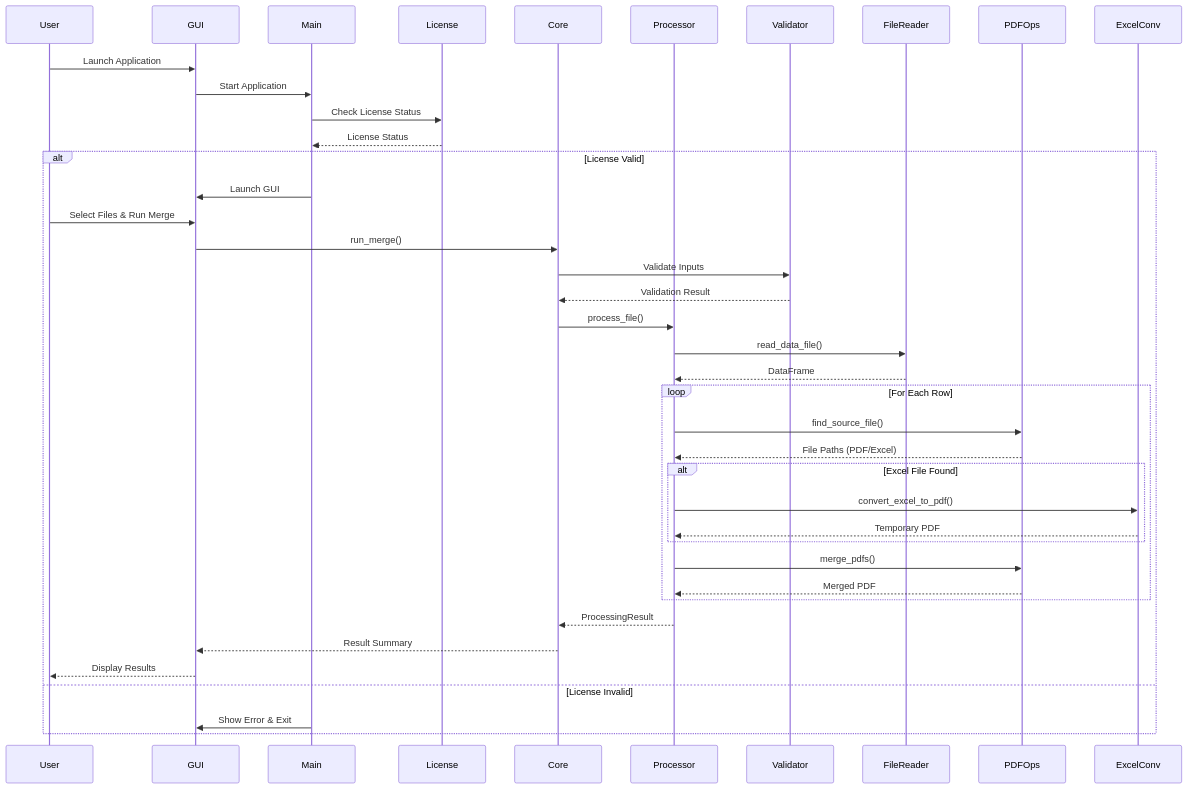
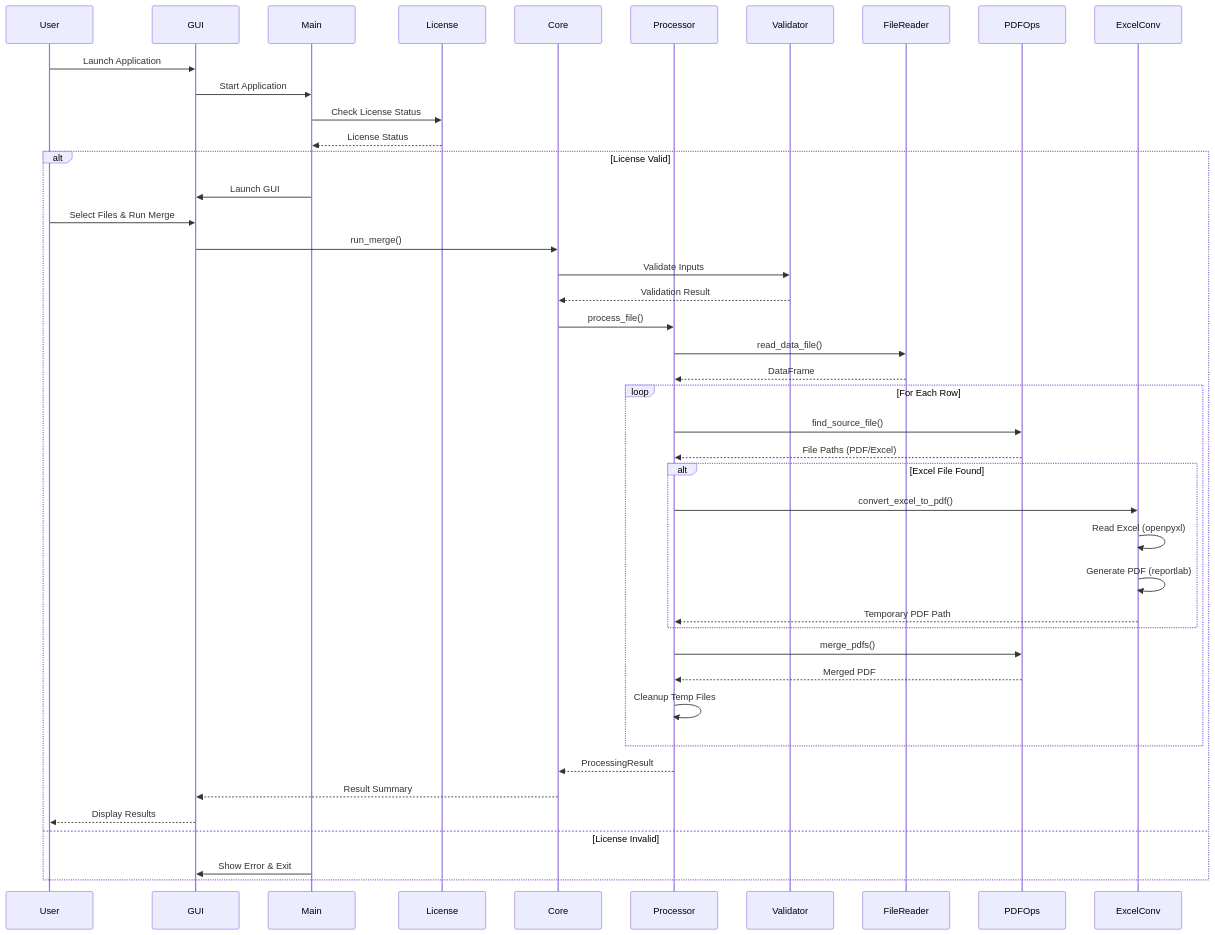
The second of 6 diagrams in ARCHITECTURE.md (Yoavsb25/files-unifier), drawn with Mermaid before and after one commit. The commit also changed other lines of this file and 3 other files, not shown here.

First line of the commit message:
Enhance documentation and testing for Excel file support in PDF Batch Merger

````diff
--- a/ARCHITECTURE.md
+++ b/ARCHITECTURE.md
@@ -82,43 +82,47 @@
 ```mermaid
 sequenceDiagram
     participant User
     participant GUI
     participant Main
     participant License
     participant Core
     participant Processor
     participant Validator
     participant FileReader
     participant PDFOps
+    participant ExcelConv
     
     User->>GUI: Launch Application
     GUI->>Main: Start Application
     Main->>License: Check License Status
     License-->>Main: License Status
     
     alt License Valid
         Main->>GUI: Launch GUI
         User->>GUI: Select Files & Run Merge
         GUI->>Core: run_merge()
         Core->>Validator: Validate Inputs
         Validator-->>Core: Validation Result
         Core->>Processor: process_file()
         Processor->>FileReader: read_data_file()
         FileReader-->>Processor: DataFrame
         loop For Each Row
         Processor->>PDFOps: find_source_file()
         PDFOps-->>Processor: File Paths (PDF/Excel)
         alt Excel File Found
             Processor->>ExcelConv: convert_excel_to_pdf()
-            ExcelConv-->>Processor: Temporary PDF
+            ExcelConv->>ExcelConv: Read Excel (openpyxl)
+            ExcelConv->>ExcelConv: Generate PDF (reportlab)
+            ExcelConv-->>Processor: Temporary PDF Path
         end
         Processor->>PDFOps: merge_pdfs()
         PDFOps-->>Processor: Merged PDF
+        Processor->>Processor: Cleanup Temp Files
         end
         Processor-->>Core: ProcessingResult
         Core-->>GUI: Result Summary
         GUI-->>User: Display Results
     else License Invalid
         Main->>GUI: Show Error & Exit
     end
 ```
````
